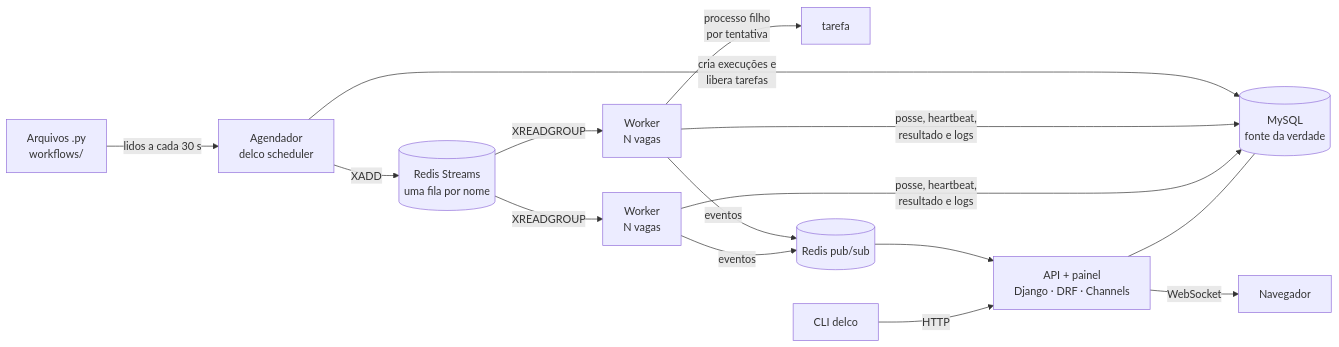
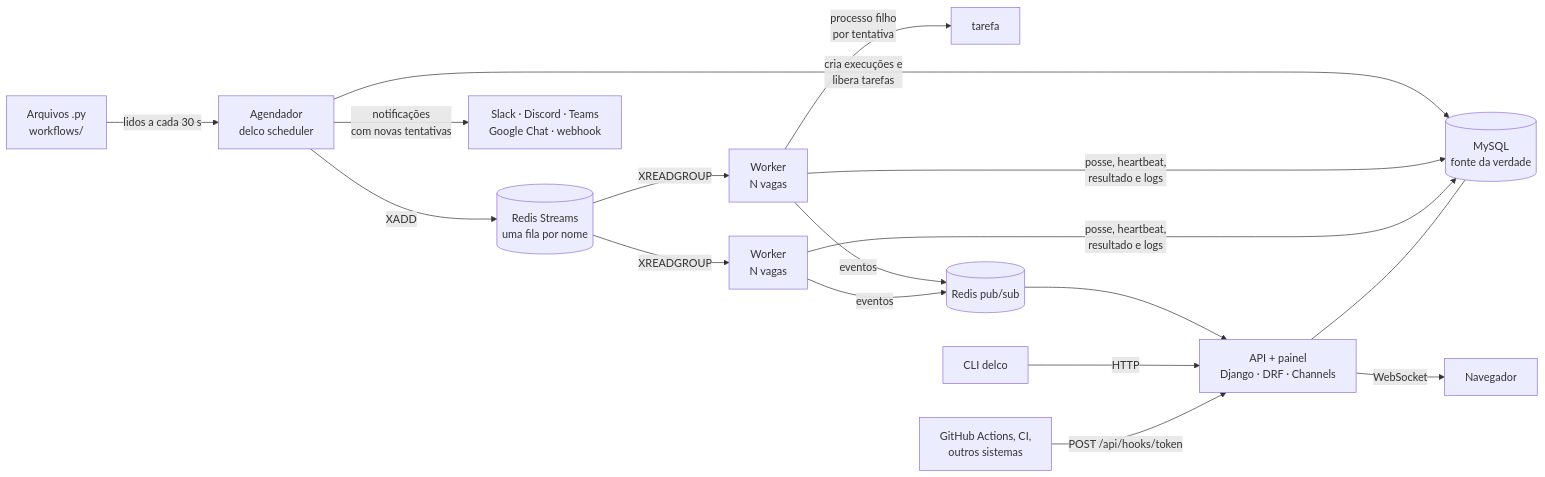
One commit to ravelroot/Workflow-Orchestration-Engine changed the diagram in README.md. Above: the diagram before and after it, drawn with Mermaid. The commit also changed other lines of this file and 57 other files, not shown here.

````diff
--- a/README.md
+++ b/README.md
@@ -39,15 +52,17 @@
 ```mermaid
 flowchart LR
     DEV["Arquivos .py<br/>workflows/"] -->|lidos a cada 30 s| SCH["Agendador<br/>delco scheduler"]
     SCH -- "cria execuções e<br/>libera tarefas" --> PG[("MySQL<br/>fonte da verdade")]
     SCH -- "XADD" --> RS[("Redis Streams<br/>uma fila por nome")]
     RS -- "XREADGROUP" --> W1["Worker<br/>N vagas"]
     RS -- "XREADGROUP" --> W2["Worker<br/>N vagas"]
     W1 -- "processo filho<br/>por tentativa" --> T1["tarefa"]
     W1 & W2 -- "posse, heartbeat,<br/>resultado e logs" --> PG
     W1 & W2 -- "eventos" --> PS[("Redis pub/sub")]
     PS --> API["API + painel<br/>Django · DRF · Channels"]
     API -- "WebSocket" --> UI["Navegador"]
     API --- PG
     CLI["CLI delco"] -->|HTTP| API
+    CI["GitHub Actions, CI,<br/>outros sistemas"] -- "POST /api/hooks/token" --> API
+    SCH -- "notificações<br/>com novas tentativas" --> NT["Slack · Discord · Teams<br/>Google Chat · webhook"]
 ```
````
